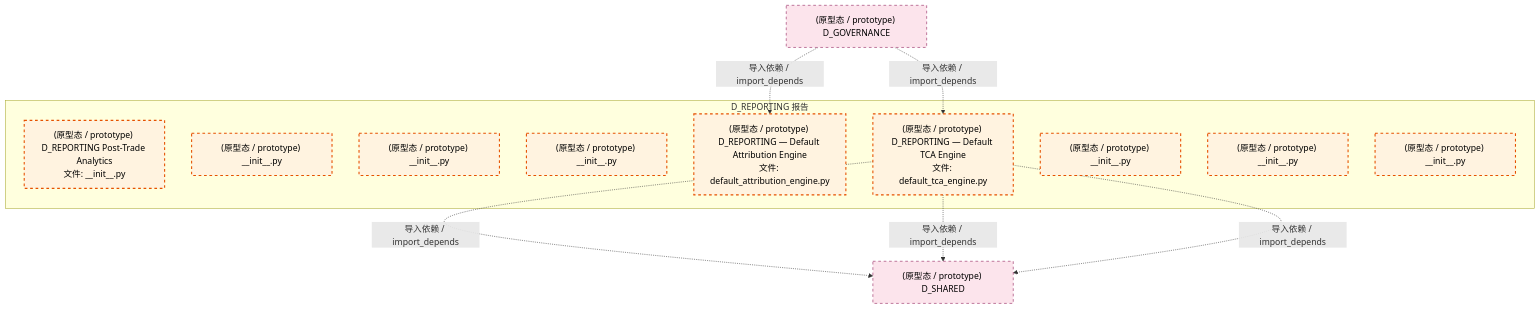
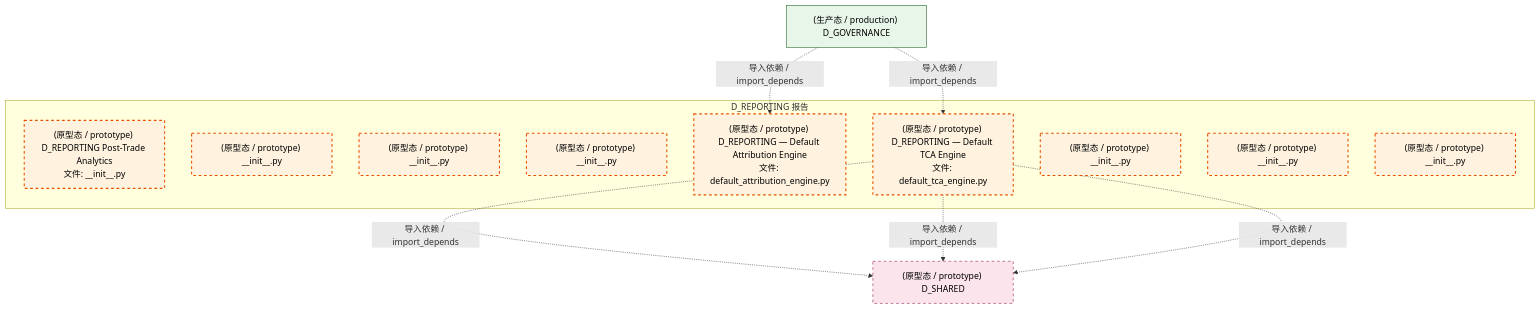
One commit to xuanFelixVan/ZephyrAlpha changed the third of 4 diagrams in docs/02_enterprise_architecture/02_domain_architecture_docs/16_d_reporting.md. Above: the diagram before and after it, drawn with Mermaid. The commit also changed other lines of this file and 99 other files, not shown here.

````diff
--- a/docs/02_enterprise_architecture/02_domain_architecture_docs/16_d_reporting.md
+++ b/docs/02_enterprise_architecture/02_domain_architecture_docs/16_d_reporting.md
@@ -143,27 +144,28 @@
 ```mermaid
 graph TD
     subgraph D_REPORTING["D_REPORTING 报告"]
         src_zephyr_reporting_init_py["(原型态 / prototype) D_REPORTING Post-Trade Analytics<br/>文件: __init__.py"]
         src_zephyr_reporting_extensions_init_py["(原型态 / prototype) __init__.py"]
         src_zephyr_reporting_api_init_py["(原型态 / prototype) __init__.py"]
         src_zephyr_reporting_core_init_py["(原型态 / prototype) __init__.py"]
         src_zephyr_reporting_default_attribution_engine_py["(原型态 / prototype) D_REPORTING — Default Attribution Engine<br/>文件: default_attribution_engine.py"]
         src_zephyr_reporting_default_tca_engine_py["(原型态 / prototype) D_REPORTING — Default TCA Engine<br/>文件: default_tca_engine.py"]
         src_zephyr_reporting_infrastructure_init_py["(原型态 / prototype) __init__.py"]
         src_zephyr_reporting_models_init_py["(原型态 / prototype) __init__.py"]
         src_zephyr_reporting_services_init_py["(原型态 / prototype) __init__.py"]
     end
     D_SHARED["(原型态 / prototype) D_SHARED"]
     src_zephyr_reporting_default_tca_engine_py -.->|导入依赖 / import_depends| D_SHARED
     src_zephyr_reporting_default_tca_engine_py -.->|导入依赖 / import_depends| D_SHARED
     src_zephyr_reporting_default_tca_engine_py -.->|导入依赖 / import_depends| D_SHARED
-    D_GOVERNANCE["(原型态 / prototype) D_GOVERNANCE"]
+    D_GOVERNANCE["(生产态 / production) D_GOVERNANCE"]
+    D_GOVERNANCE -.->|导入依赖 / import_depends| src_zephyr_reporting_default_tca_engine_py
     D_GOVERNANCE -.->|导入依赖 / import_depends| src_zephyr_reporting_default_attribution_engine_py
-    D_GOVERNANCE -.->|导入依赖 / import_depends| src_zephyr_reporting_default_tca_engine_py
     classDef production fill:#e1f5fe,stroke:#01579b,stroke-width:2px,color:#000
     classDef design fill:#fff3e0,stroke:#e65100,stroke-width:2px,color:#000,stroke-dasharray: 5 5
     classDef external_prod fill:#e8f5e9,stroke:#1b5e20,stroke-width:1px,color:#000
     classDef external_design fill:#fce4ec,stroke:#880e4f,stroke-width:1px,color:#000,stroke-dasharray: 5 5
     class src_zephyr_reporting_init_py,src_zephyr_reporting_extensions_init_py,src_zephyr_reporting_api_init_py,src_zephyr_reporting_core_init_py,src_zephyr_reporting_default_attribution_engine_py,src_zephyr_reporting_default_tca_engine_py,src_zephyr_reporting_infrastructure_init_py,src_zephyr_reporting_models_init_py,src_zephyr_reporting_services_init_py design
-    class D_SHARED,D_GOVERNANCE external_design
+    class D_GOVERNANCE external_prod
+    class D_SHARED external_design
 ```
````
